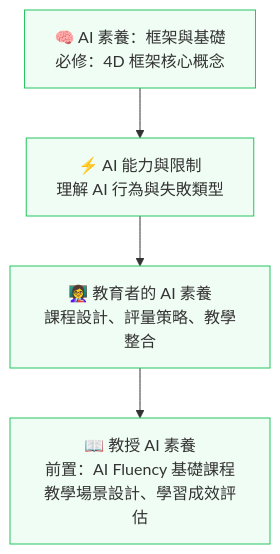
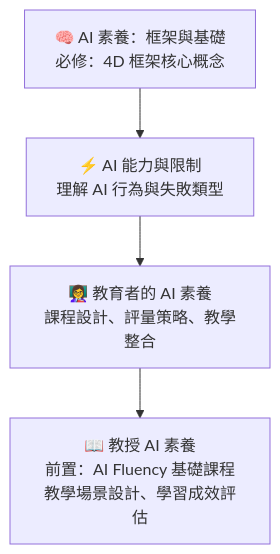
The third of 4 diagrams in docs/roadmap.md (L1247/Anthropic-Academy-Chinese), drawn with Mermaid before and after one commit. The commit also changed other lines of this file and 7 other files, not shown here.

Commit message:
feat: 新增官方證書頁面、HeroCertBadge 與 MermaidLightbox 元件

````diff
--- a/docs/roadmap.md
+++ b/docs/roadmap.md
@@ -60,12 +58,7 @@
 ```mermaid
 flowchart TD
     A["🧠 AI 素養：框架與基礎<br/>必修：4D 框架核心概念"] --> B
     B["⚡ AI 能力與限制<br/>理解 AI 行為與失敗類型"] --> C
     C["👩‍🏫 教育者的 AI 素養<br/>課程設計、評量策略、教學整合"] --> D
     D["📖 教授 AI 素養<br/>前置：AI Fluency 基礎課程<br/>教學場景設計、學習成效評估"]
-
-    style A fill:#f0fdf4,stroke:#22c55e
-    style B fill:#f0fdf4,stroke:#22c55e
-    style C fill:#f0fdf4,stroke:#22c55e
-    style D fill:#f0fdf4,stroke:#22c55e
 ```
````
